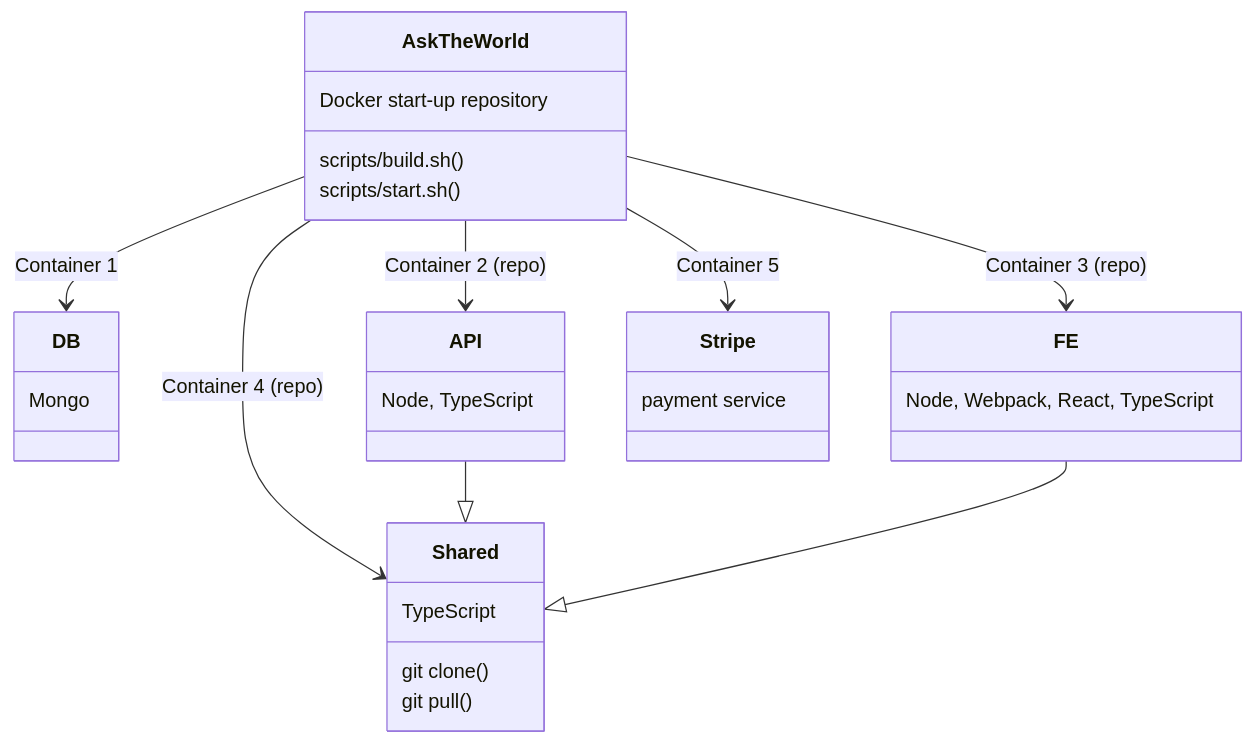
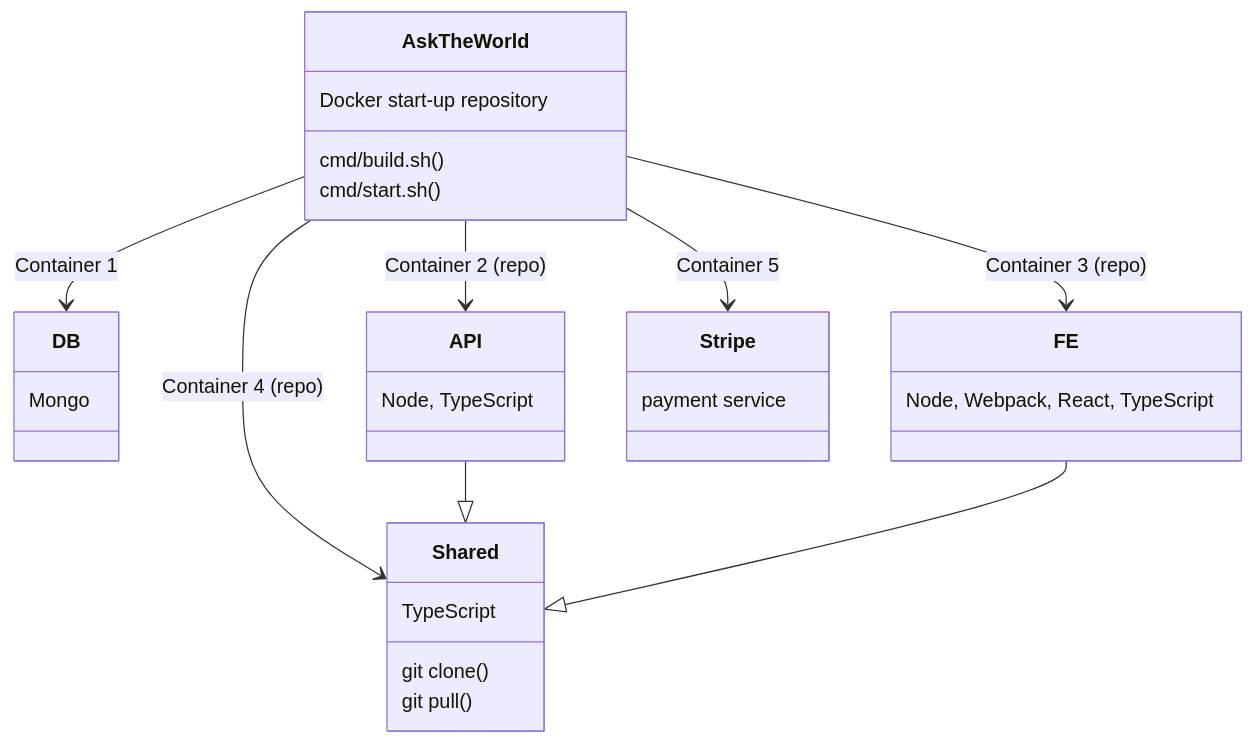
One commit to Karmello/cat-start changed the diagram in README.md. Above: the diagram before and after it, drawn with Mermaid. The commit also changed other lines of this file, not shown here.

````diff
--- a/README.md
+++ b/README.md
@@ -6,20 +8,20 @@
 ```mermaid
 classDiagram
 AskTheWorld --> DB : Container 1
 AskTheWorld --> API : Container 2 (repo)
 AskTheWorld --> FE : Container 3 (repo)
 AskTheWorld --> Shared : Container 4 (repo)
 AskTheWorld --> Stripe : Container 5
 AskTheWorld : Docker start-up repository
-AskTheWorld: scripts/build.sh()
-AskTheWorld: scripts/start.sh()
+AskTheWorld: cmd/build.sh()
+AskTheWorld: cmd/start.sh()
 DB: Mongo
 API: Node, TypeScript
 FE: Node, Webpack, React, TypeScript
 Stripe: payment service
 Shared: TypeScript
 Shared: git clone()
 Shared: git pull()
 API --|> Shared
 FE --|> Shared
 ```
````
